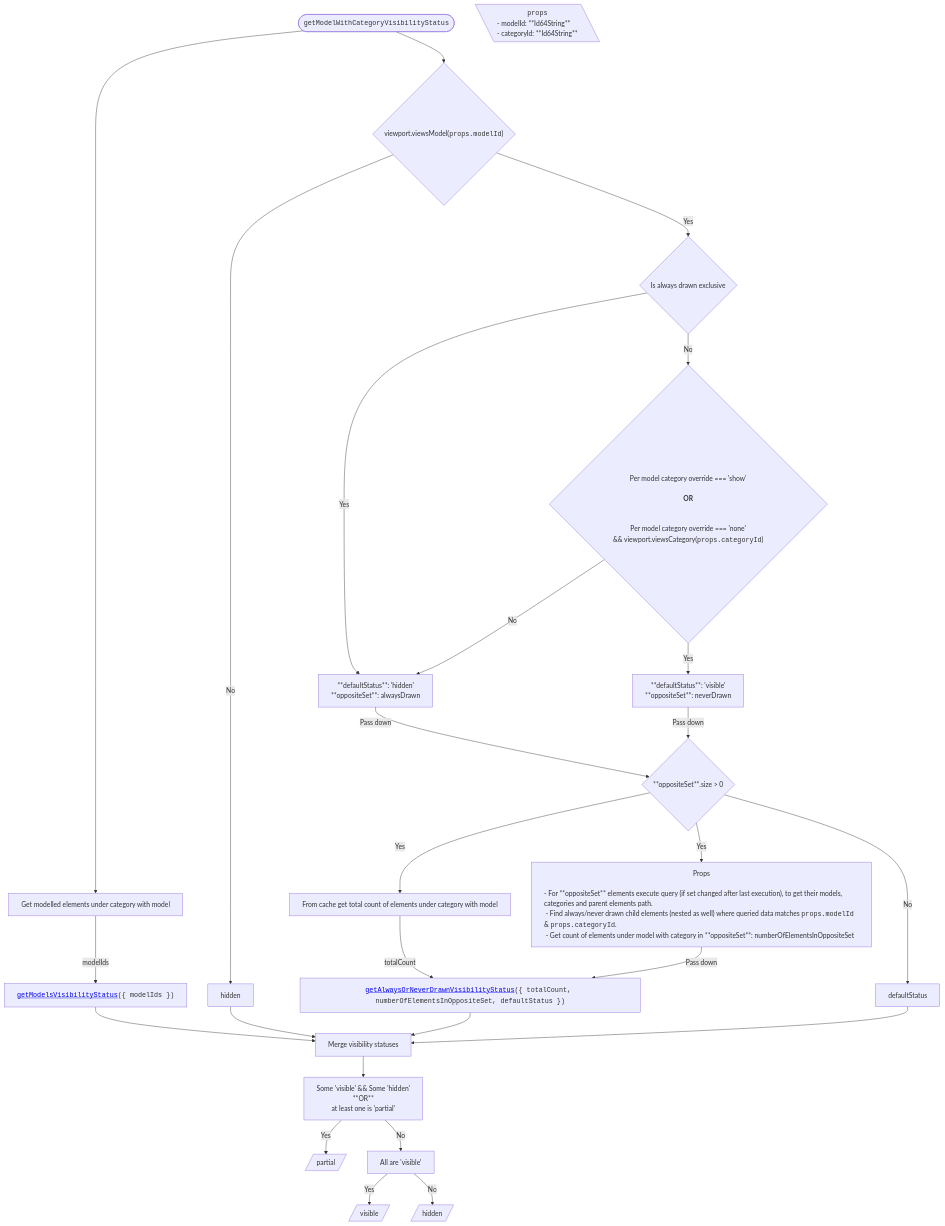
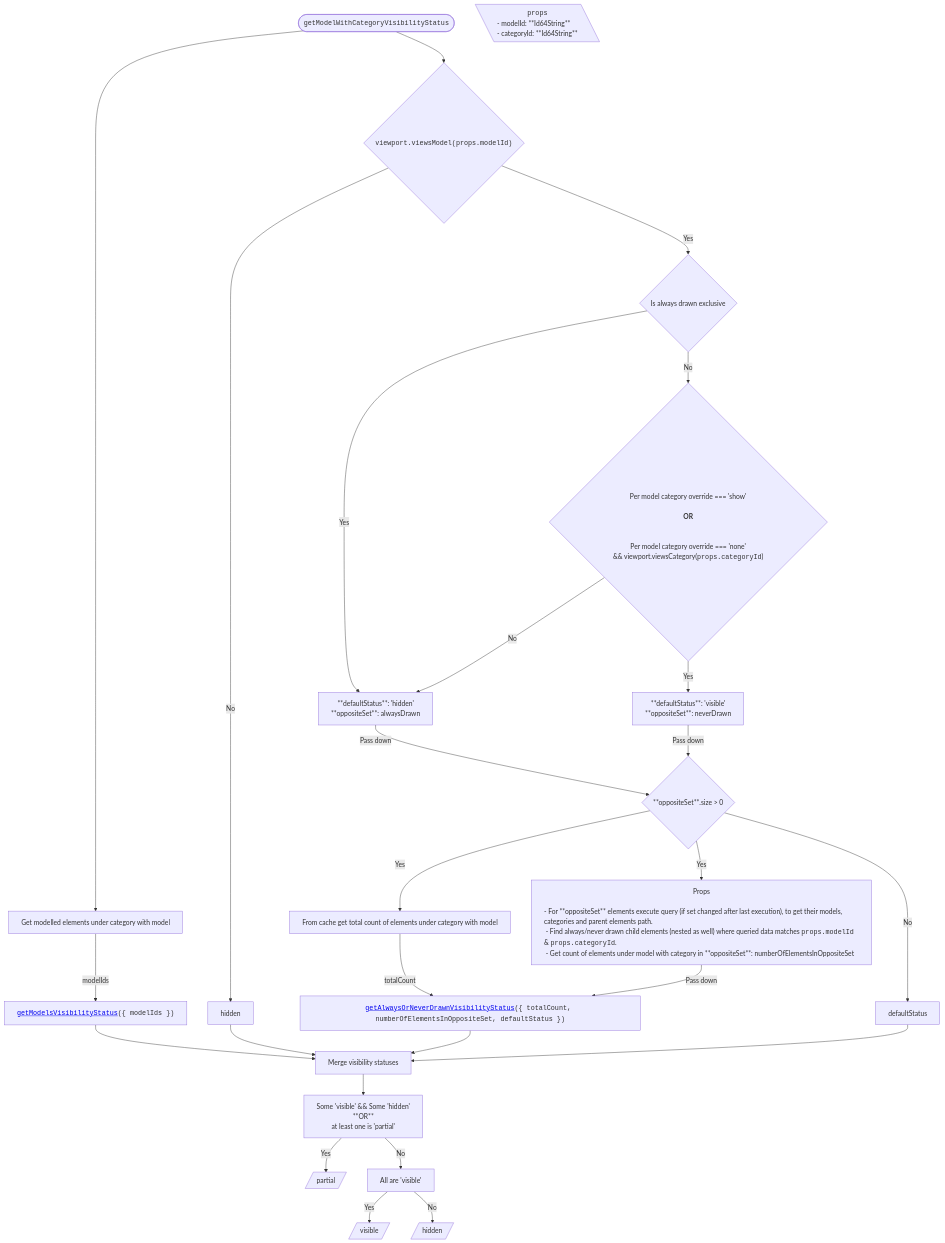
The fourth of 6 diagrams in packages/itwin/tree-widget/docs/SharedVisibilityHandling.md (iTwin/viewer-components-react), drawn with Mermaid before and after one commit.

```diff
--- a/packages/itwin/tree-widget/docs/SharedVisibilityHandling.md
+++ b/packages/itwin/tree-widget/docs/SharedVisibilityHandling.md
@@ -208,7 +208,7 @@
 
   %% Start
   TITLE(["<code>getModelWithCategoryVisibilityStatus</code>"]) --> A1[Get modelled elements under category with model]
-  TITLE(["<code>getModelWithCategoryVisibilityStatus</code>"]) --> A2{"viewport.viewsModel(<code>props.modelId</code>)"}
+  TITLE(["<code>getModelWithCategoryVisibilityStatus</code>"]) --> A2{"<code>viewport.viewsModel(props.modelId)</code>"}
 
   PROPS[\"
     <code>props</code>
```
